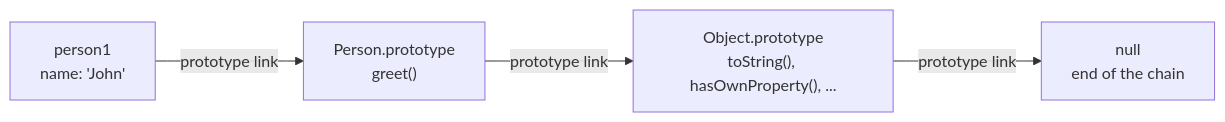
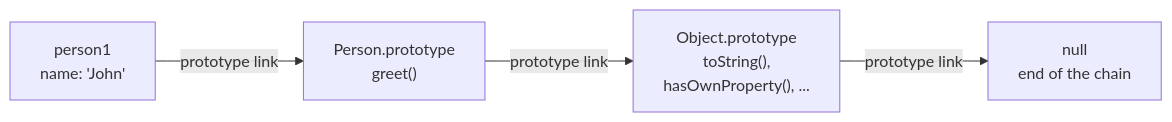
One commit to renatolinsdigital/javascript-quickstart changed the eighth of 16 diagrams in README.md. Above: the diagram before and after it, drawn with Mermaid. The commit also changed other lines of this file, not shown here.

Commit message:
adds a revision to mermaid graphs

````diff
--- a/README.md
+++ b/README.md
@@ -1367,6 +1397,11 @@
 ```mermaid
+---
+config:
+  flowchart:
+    wrappingWidth: 1000
+---
 flowchart LR
     P1["person1<br/>name: 'John'"] -- "prototype link" --> PP["Person.prototype<br/>greet()"]
-    PP -- "prototype link" --> OP["Object.prototype<br/>toString(), hasOwnProperty(), ..."]
+    PP -- "prototype link" --> OP["Object.prototype<br/>toString(),<br/>hasOwnProperty(), ..."]
     OP -- "prototype link" --> N["null<br/>end of the chain"]
 ```
````
